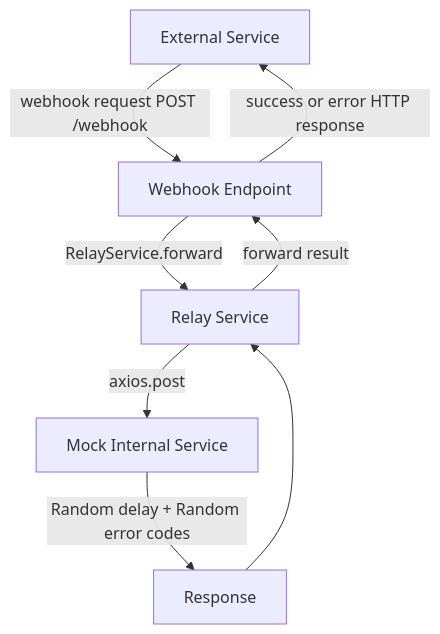
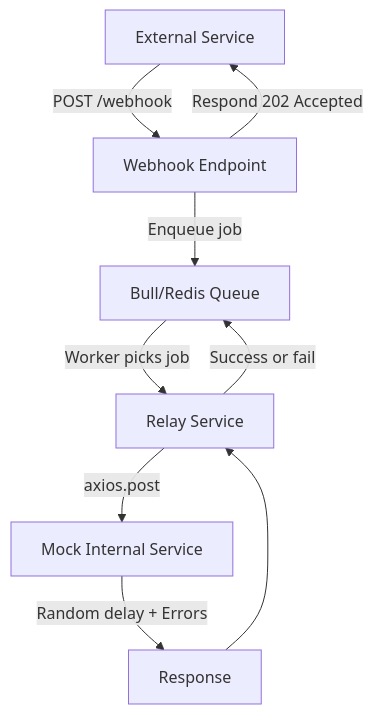
One commit to Galicz555/webhook-relay-service changed the diagram in src/docs/flowchart.md. Above: the diagram before and after it, drawn with Mermaid. The commit also changed 2 other files, not shown here.

Commit message:
feat(docker-setup-#9) Add Dockerfile and docker-compose for application and Redis setup; update flowchart documentation for job enqueueing

````diff
--- a/src/docs/flowchart.md
+++ b/src/docs/flowchart.md
@@ -1,10 +1,13 @@
 ```mermaid
 flowchart TD
-    A[External Service] --> |webhook request POST /webhook| B[Webhook Endpoint]
-    B --> |RelayService.forward| C[Relay Service]
+    A[External Service] --> |POST /webhook| B[Webhook Endpoint]
+    B --> |Enqueue job| Q[Bull/Redis Queue]
+    B --> |Respond 202 Accepted| A
+
+    %% Worker Flow
+    Q --> |Worker picks job| C[Relay Service]
     C --> |axios.post| D[Mock Internal Service]
-    D --> |Random delay + Random error codes| E[Response]
+    D --> |Random delay + Errors| E[Response]
     E --> C
-    C --> |forward result| B
-    B --> |success or error HTTP response| A
+    C --> |Success or fail| Q
 ```
````
